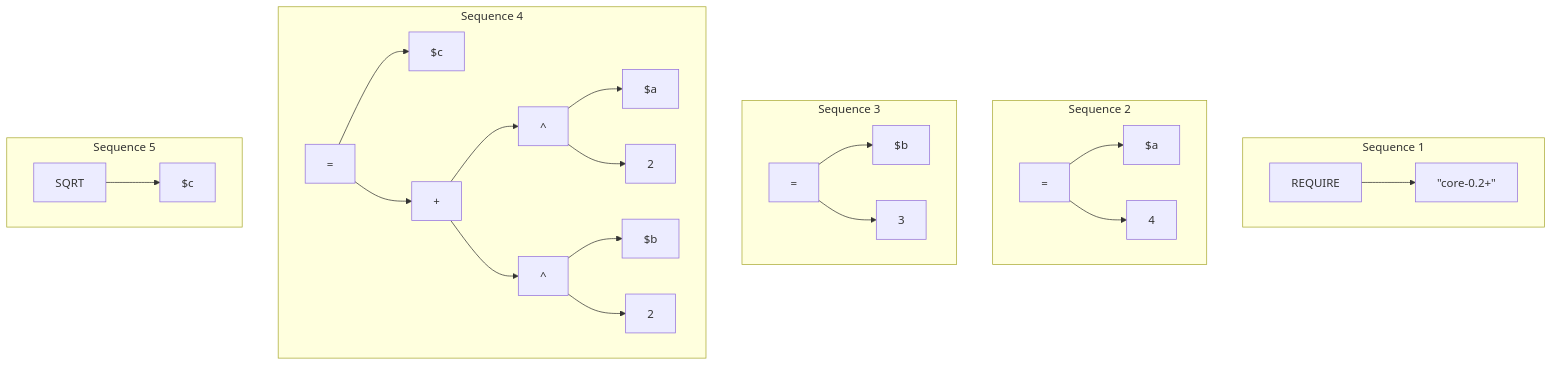
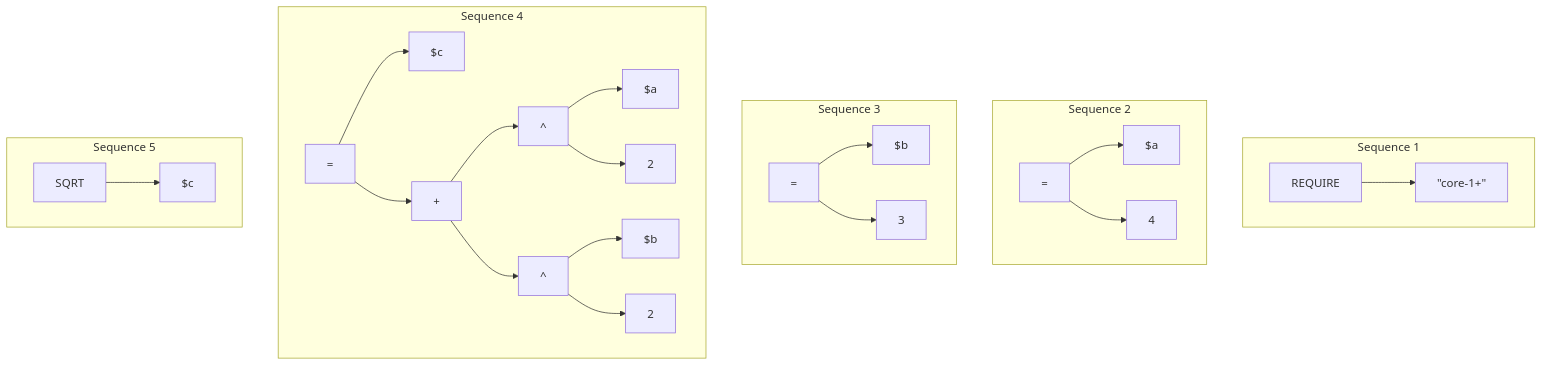
One commit to Adisoreq/FormuLang changed the diagram in docs/semantics/parsing.md. Above: the diagram before and after it, drawn with Mermaid. The commit also changed other lines of this file and 61 other files, not shown here.

````diff
--- a/docs/semantics/parsing.md
+++ b/docs/semantics/parsing.md
@@ -102,32 +102,32 @@
 ```mermaid
 graph TD
 
 subgraph S1["Sequence 1"]
-    REQ[REQUIRE] --> T1["#quot;core-0.2+#quot;"]
+    REQ[REQUIRE] --> T1["#quot;core-1+#quot;"]
 end
 
 subgraph S2["Sequence 2"]
     R1["="] --> A1["$a"]
     R1 --> N4["4"]
 end
 
 subgraph S3["Sequence 3"]
     R2["="] --> B1["$b"]
     R2 --> N3["3"]
 end
 
 subgraph S4["Sequence 4"]
     R3["="] --> C1["$c"]
     R3 --> ADD1["+"]
     ADD1 --> POW1["^"]
         POW1 --> A2["$a"]
         POW1 --> N2_1["2"]
     ADD1 --> POW2["^"]
         POW2 --> B2["$b"]
         POW2 --> N2_2["2"]
 end
 
 subgraph S5["Sequence 5"]
     SQRT[SQRT] --> C2["$c"]
 end
 ```
````
